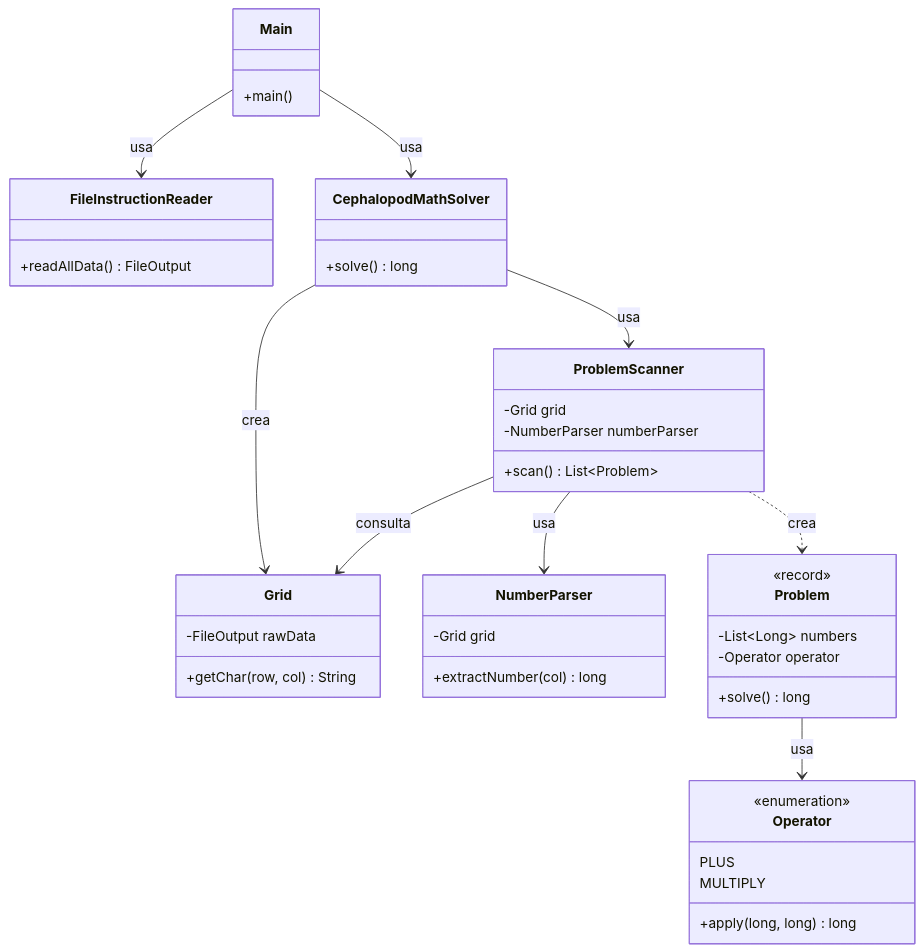
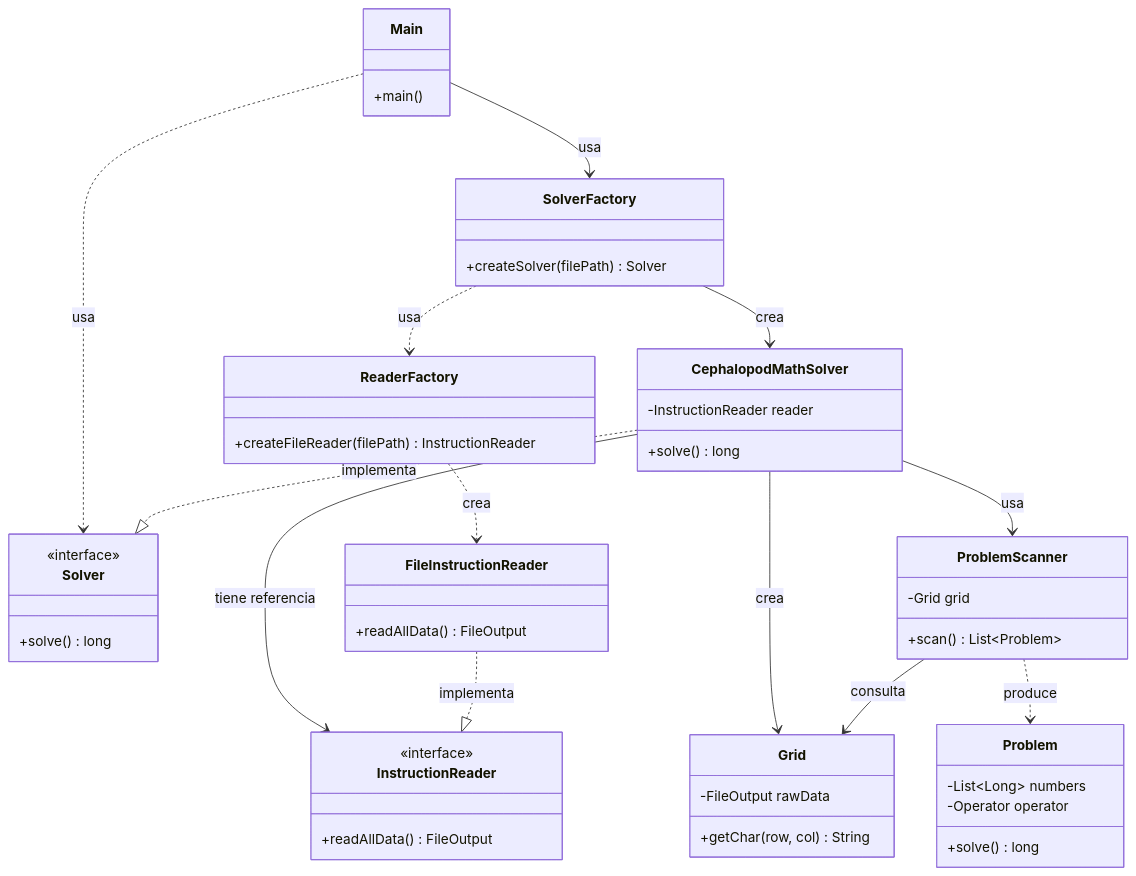
The second of 2 diagrams in README.md (Carlossr2401/AdventOfCode6-2025), drawn with Mermaid before and after one commit. The commit also changed other lines of this file and 11 other files, not shown here.

````diff
--- a/README.md
+++ b/README.md
@@ -115,46 +92,56 @@
 ```mermaid
 classDiagram
     class Main {
         +main()
     }
+    class SolverFactory {
+        +createSolver(filePath) Solver
+    }
+    class ReaderFactory {
+        +createFileReader(filePath) InstructionReader
+    }
+    class Solver {
+        <<interface>>
+        +solve() long
+    }
+    class CephalopodMathSolver {
+        -InstructionReader reader
+        +solve() long
+    }
+    class InstructionReader {
+        <<interface>>
+        +readAllData() FileOutput
+    }
     class FileInstructionReader {
         +readAllData() FileOutput
     }
-    class CephalopodMathSolver {
-        +solve() long
-    }
+
     class Grid {
         -FileOutput rawData
         +getChar(row, col) String
     }
     class ProblemScanner {
         -Grid grid
-        -NumberParser numberParser
         +scan() List~Problem~
     }
-    class NumberParser {
-        -Grid grid
-        +extractNumber(col) long
-    }
     class Problem {
-        <<record>>
         -List~Long~ numbers
         -Operator operator
         +solve() long
     }
-    class Operator {
-        <<enumeration>>
-        PLUS
-        MULTIPLY
-        +apply(long, long) long
-    }
 
-    Main --> FileInstructionReader : usa
-    Main --> CephalopodMathSolver : usa
+    Main --> SolverFactory : usa
+    SolverFactory --> CephalopodMathSolver : crea
+    SolverFactory ..> ReaderFactory : usa
+    ReaderFactory ..> FileInstructionReader : crea
+
+    Main ..> Solver : usa
+    CephalopodMathSolver ..|> Solver : implementa
+    CephalopodMathSolver --> InstructionReader : tiene referencia
+    FileInstructionReader ..|> InstructionReader : implementa
+
     CephalopodMathSolver --> Grid : crea
     CephalopodMathSolver --> ProblemScanner : usa
     ProblemScanner --> Grid : consulta
-    ProblemScanner --> NumberParser : usa
-    ProblemScanner ..> Problem : crea
-    Problem --> Operator : usa
+    ProblemScanner ..> Problem : produce
 ```
````
